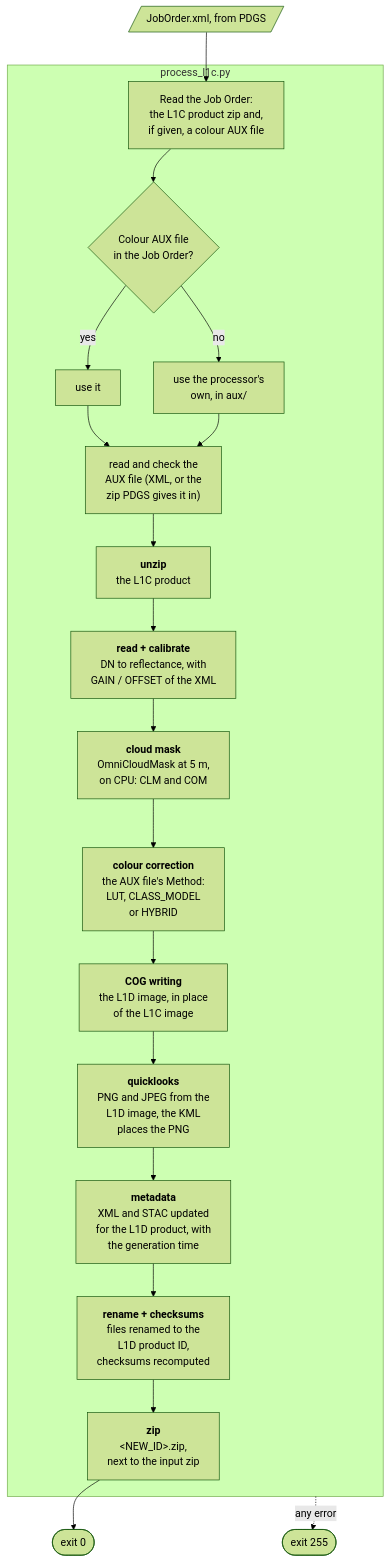
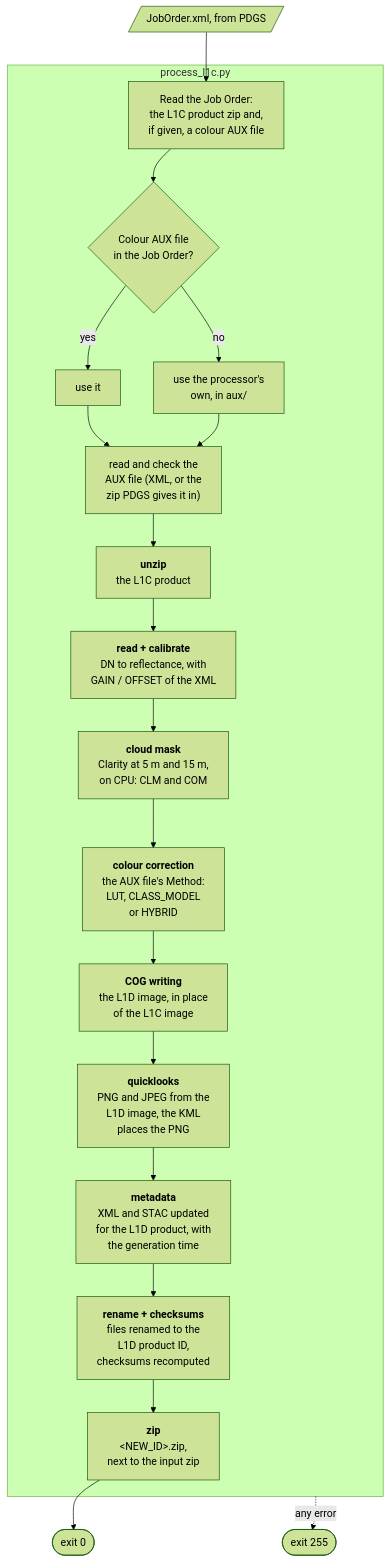
One commit to paramkaur10/iride_eaglet_L1D_processor changed the diagram in README.md. Above: the diagram before and after it, drawn with Mermaid (forest theme). The commit also changed other lines of this file and 16 other files, not shown here.

Commit message:
Version 01.02: Clarity cloud model; saturated pixels white; new quicklook stretch; less memory; colour AUX valid from 17 Oct 2026

````diff
--- a/README.md
+++ b/README.md
@@ -47,26 +47,26 @@
 ```mermaid
 flowchart TD
     subgraph RUN["process_l1c.py"]
         READ["Read the Job Order:<br/>the L1C product zip and,<br/>if given, a colour AUX file"]
         READ --> HAS{"Colour AUX file<br/>in the Job Order?"}
         HAS -->|yes| AUXJ["use it"]
         HAS -->|no| AUXO["use the processor's<br/>own, in aux/"]
         AUXJ --> CHECK
         AUXO --> CHECK
         CHECK["read and check the<br/>AUX file (XML, or the<br/>zip PDGS gives it in)"]
         CHECK --> UNZIP
         UNZIP["<b>unzip</b><br/>the L1C product"]
         UNZIP --> CAL["<b>read + calibrate</b><br/>DN to reflectance, with<br/>GAIN / OFFSET of the XML"]
-        CAL --> CLOUD["<b>cloud mask</b><br/>OmniCloudMask at 5 m,<br/>on CPU: CLM and COM"]
+        CAL --> CLOUD["<b>cloud mask</b><br/>Clarity at 5 m and 15 m,<br/>on CPU: CLM and COM"]
         CLOUD --> COLOUR["<b>colour correction</b><br/>the AUX file's Method:<br/>LUT, CLASS_MODEL<br/>or HYBRID"]
         COLOUR --> COG["<b>COG writing</b><br/>the L1D image, in place<br/>of the L1C image"]
         COG --> QLK["<b>quicklooks</b><br/>PNG and JPEG from the<br/>L1D image, the KML<br/>places the PNG"]
         QLK --> META["<b>metadata</b><br/>XML and STAC updated<br/>for the L1D product, with<br/>the generation time"]
         META --> REN["<b>rename + checksums</b><br/>files renamed to the<br/>L1D product ID,<br/>checksums recomputed"]
         REN --> ZIP["<b>zip</b><br/>#lt;NEW_ID#gt;.zip,<br/>next to the input zip"]
     end
     JO[/"JobOrder.xml, from PDGS"/] --> READ
     ZIP --> OK(["exit 0"])
     RUN -.->|any error| KO(["exit 255"])
     ZIP ~~~ KO
 ```
````
